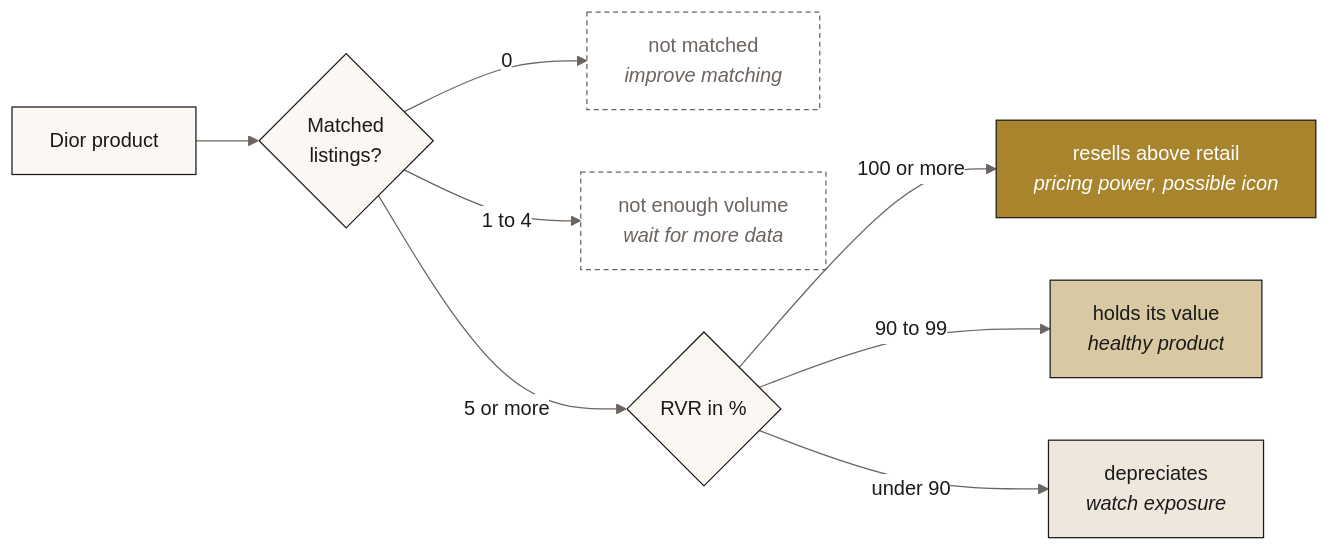
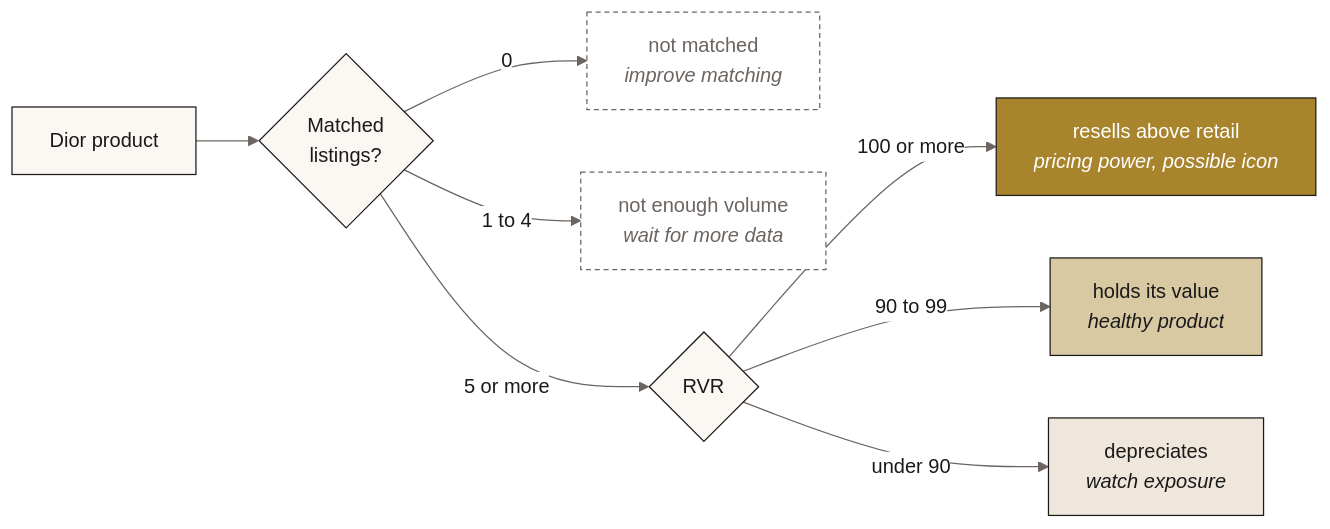
The second of 3 diagrams in README.en.md (MosesKing/dior-rvr-dbt), drawn with Mermaid before and after one commit. The commit also changed 1 other file, not shown here.

Commit message:
README: keep RVR node label plain

````diff
--- a/README.en.md
+++ b/README.en.md
@@ -118,20 +118,20 @@
 ```mermaid
 %%{init: {'theme':'base','themeVariables':{'primaryColor':'#FBF8F3','primaryBorderColor':'#1A1A1A','primaryTextColor':'#1A1A1A','lineColor':'#6B6460','clusterBkg':'#F4EFE7','clusterBorder':'#D9D2C7','edgeLabelBackground':'#FFFFFF'}}}%%
 flowchart LR
     A[Dior product] --> B{Matched<br/>listings?}
     B -- 0 --> C[not matched<br/><i>improve matching</i>]
     B -- 1 to 4 --> D[not enough volume<br/><i>wait for more data</i>]
-    B -- 5 or more --> E{RVR in %}
+    B -- 5 or more --> E{RVR}
     E -- "100 or more" --> F[resells above retail<br/><i>pricing power, possible icon</i>]
     E -- "90 to 99" --> G[holds its value<br/><i>healthy product</i>]
     E -- "under 90" --> H[depreciates<br/><i>watch exposure</i>]
 
     classDef up fill:#A8842C,stroke:#1A1A1A,color:#FFFFFF
     classDef keep fill:#D9C9A3,stroke:#1A1A1A,color:#1A1A1A
     classDef down fill:#EFE7DC,stroke:#1A1A1A,color:#1A1A1A
     classDef wait fill:#FFFFFF,stroke:#6B6460,color:#6B6460,stroke-dasharray: 4 3
     class F up
     class G keep
     class H down
     class C,D wait
 ```
````
